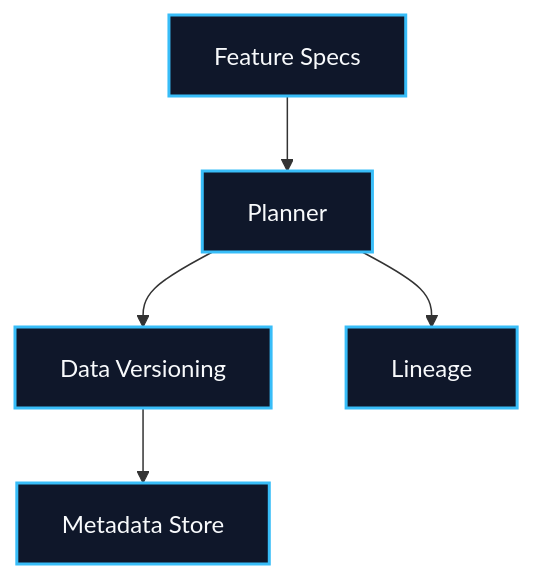
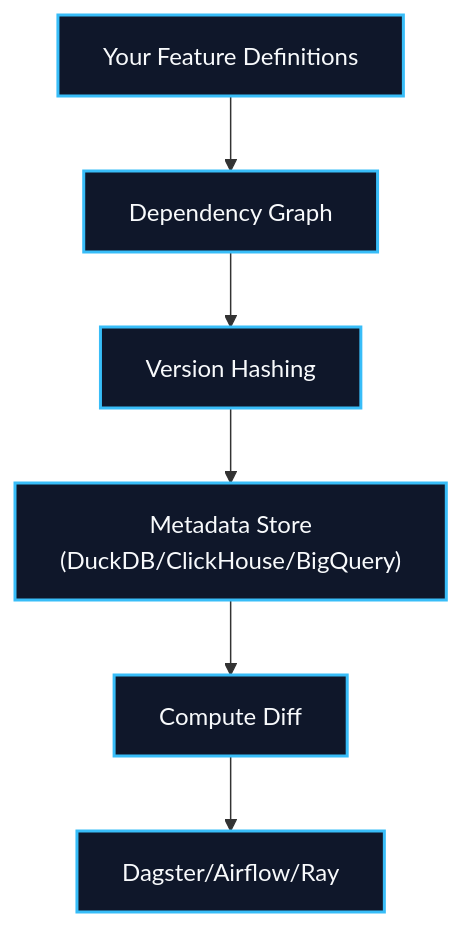
The diagram in docs/slides/slides-introduction.md (anam-org/metaxy), drawn with Mermaid before and after one commit. The commit also changed other lines of this file and 2 other files, not shown here.

````diff
--- a/docs/slides/slides-introduction.md
+++ b/docs/slides/slides-introduction.md
@@ -174,9 +223,11 @@
 ```mermaid
 graph TD
-    Specs["Feature Specs"] --> Planner --> DV["Data Versioning"]
-    DV --> Store["Metadata Store"]
-    Planner --> Lineage["Lineage"]
+    Specs["Your Feature Definitions"] --> Graph["Dependency Graph"]
+    Graph --> Versions["Version Hashing"]
+    Versions --> Store["Metadata Store<br/>(DuckDB/ClickHouse/BigQuery)"]
+    Store --> Diff["Compute Diff"]
+    Diff --> Orchestrator["Dagster/Airflow/Ray"]
 
     classDef node fill:#0f172a,color:#f8fafc,stroke:#38bdf8,stroke-width:2px;
-    class Specs,Planner,DV,Store,Consumers,Lineage node;
+    class Specs,Graph,Versions,Store,Diff,Orchestrator node;
 ```
````
